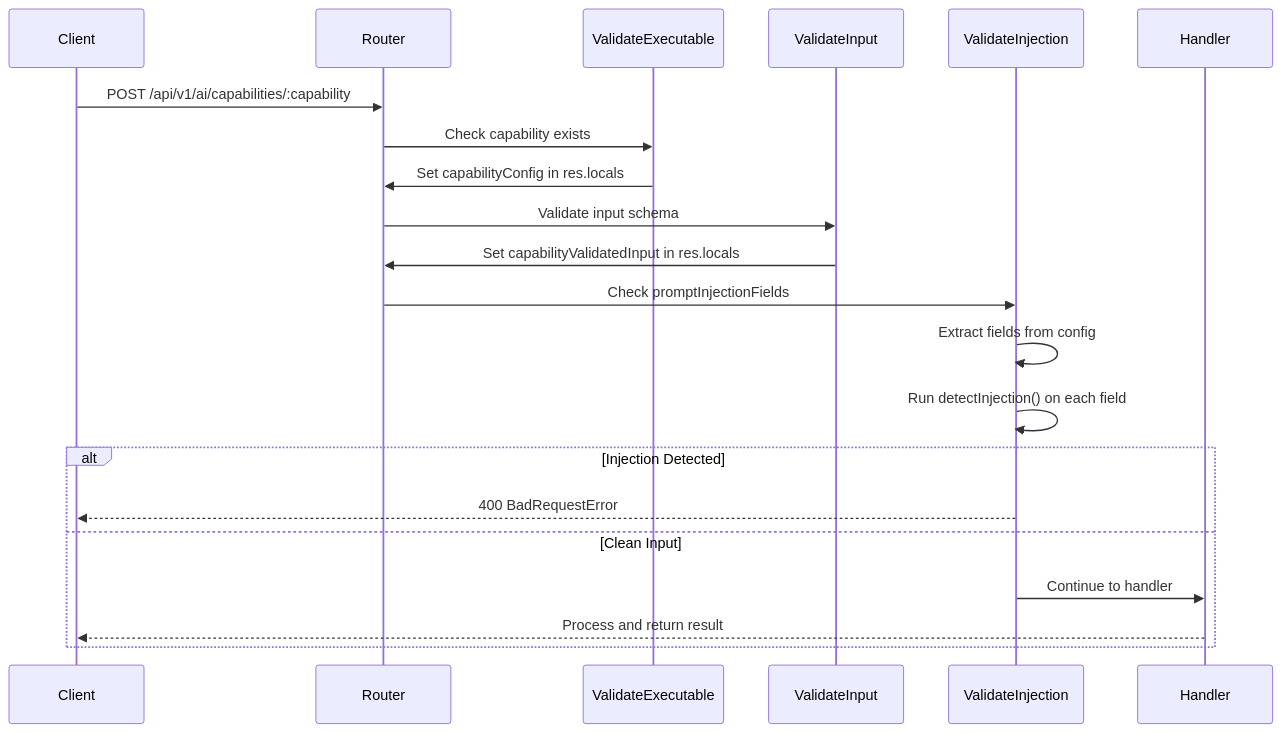
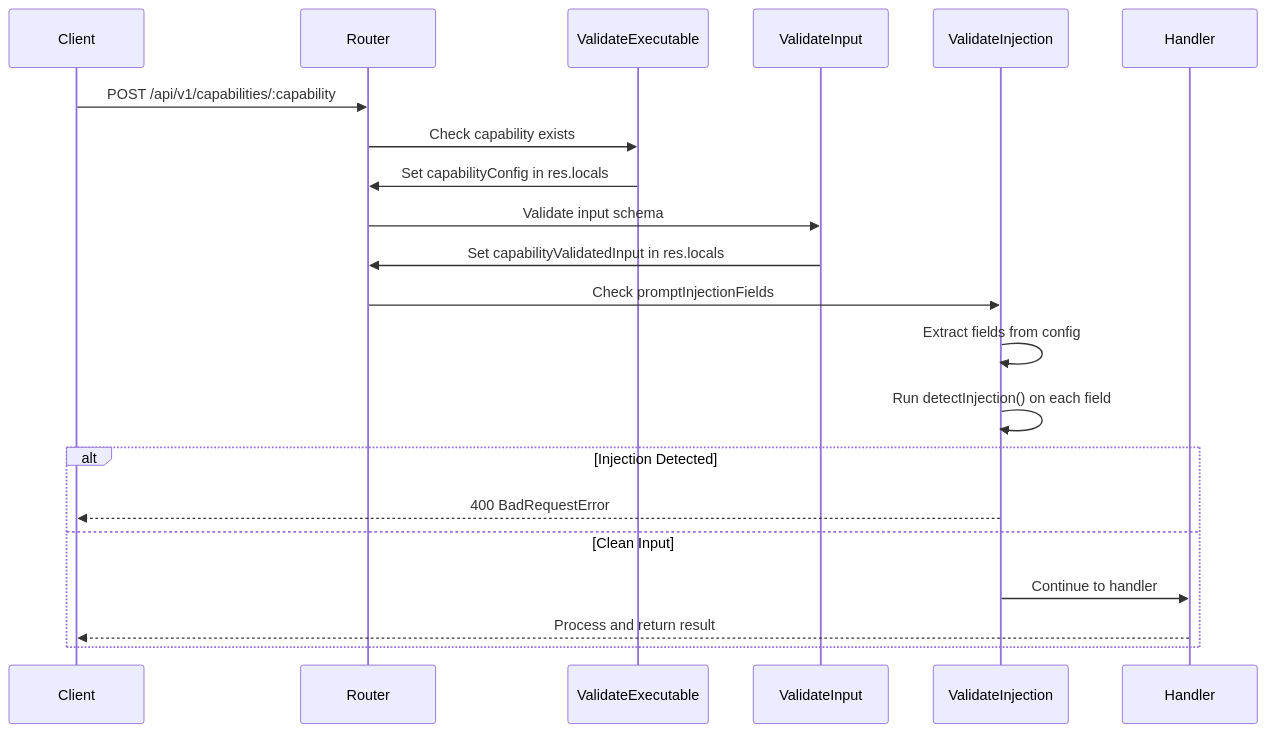
One commit to itayg43/ai-task-assistant changed the second of 2 diagrams in README.md. Above: the diagram before and after it, drawn with Mermaid. The commit also changed other lines of this file and 1 other file, not shown here.

````diff
--- a/README.md
+++ b/README.md
@@ -616,24 +170,24 @@
 ```mermaid
 sequenceDiagram
     participant Client
     participant Router
     participant ValidateExecutable
     participant ValidateInput
     participant ValidateInjection
     participant Handler
 
-    Client->>Router: POST /api/v1/ai/capabilities/:capability
+    Client->>Router: POST /api/v1/capabilities/:capability
     Router->>ValidateExecutable: Check capability exists
     ValidateExecutable->>Router: Set capabilityConfig in res.locals
     Router->>ValidateInput: Validate input schema
     ValidateInput->>Router: Set capabilityValidatedInput in res.locals
     Router->>ValidateInjection: Check promptInjectionFields
     ValidateInjection->>ValidateInjection: Extract fields from config
     ValidateInjection->>ValidateInjection: Run detectInjection() on each field
     alt Injection Detected
         ValidateInjection-->>Client: 400 BadRequestError
     else Clean Input
         ValidateInjection->>Handler: Continue to handler
         Handler-->>Client: Process and return result
     end
 ```
````
